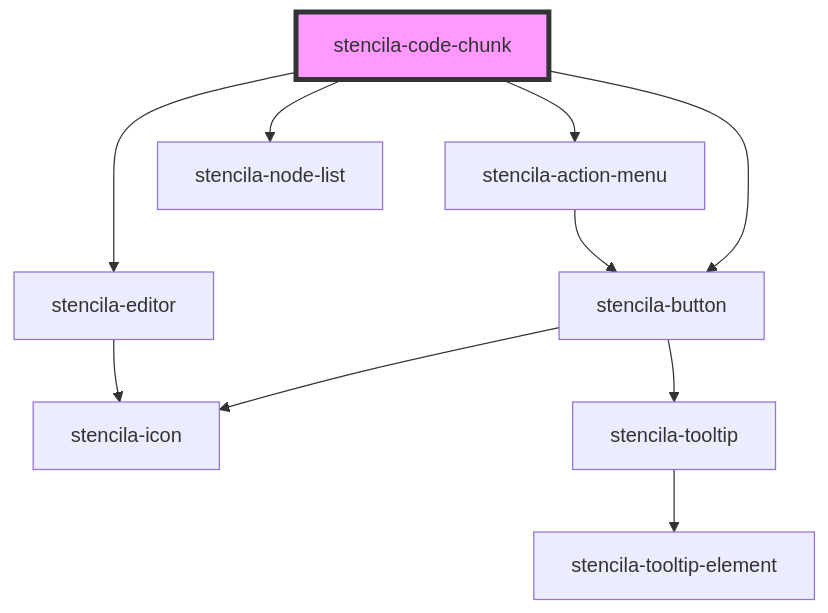
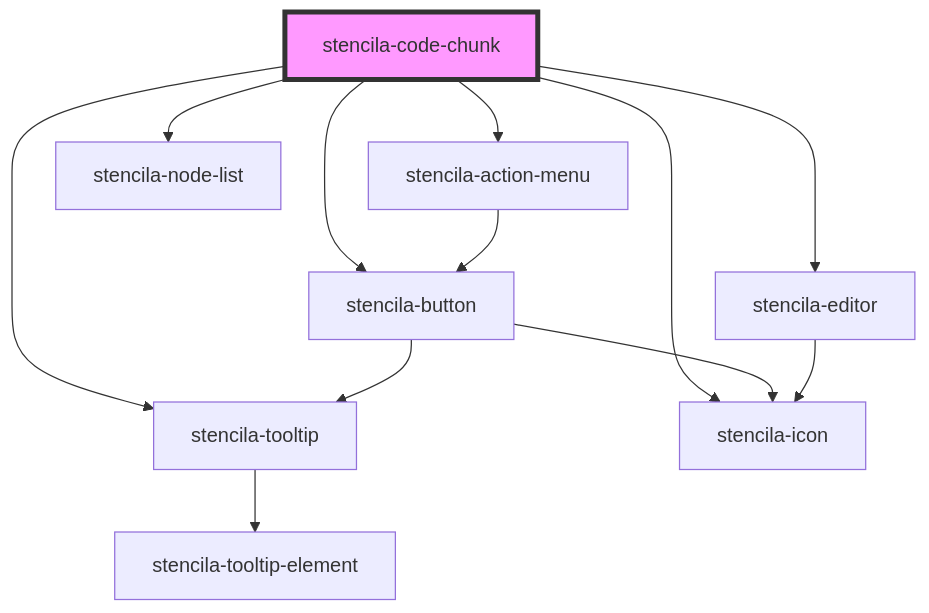
The diagram in packages/components/src/components/codeChunk/readme.md (stencila/designa), drawn with Mermaid before and after one commit. The commit also changed other lines of this file and 15 other files, not shown here.

````diff
--- a/packages/components/src/components/codeChunk/readme.md
+++ b/packages/components/src/components/codeChunk/readme.md
@@ -104,13 +111,15 @@
 ```mermaid
 graph TD;
   stencila-code-chunk --> stencila-action-menu
   stencila-code-chunk --> stencila-button
   stencila-code-chunk --> stencila-editor
   stencila-code-chunk --> stencila-node-list
+  stencila-code-chunk --> stencila-tooltip
+  stencila-code-chunk --> stencila-icon
   stencila-action-menu --> stencila-button
   stencila-button --> stencila-icon
   stencila-button --> stencila-tooltip
   stencila-tooltip --> stencila-tooltip-element
   stencila-editor --> stencila-icon
   style stencila-code-chunk fill:#f9f,stroke:#333,stroke-width:4px
 ```
````
